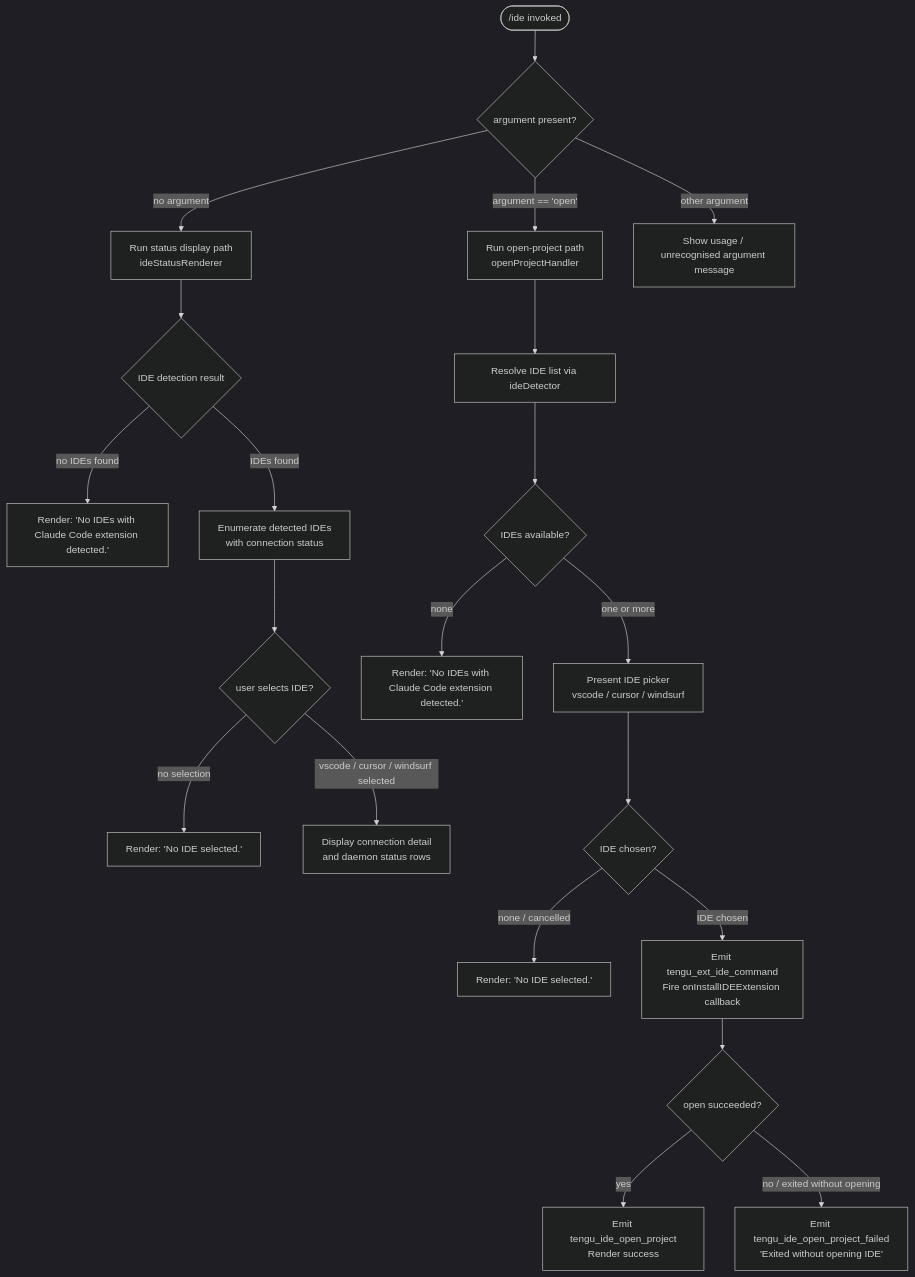
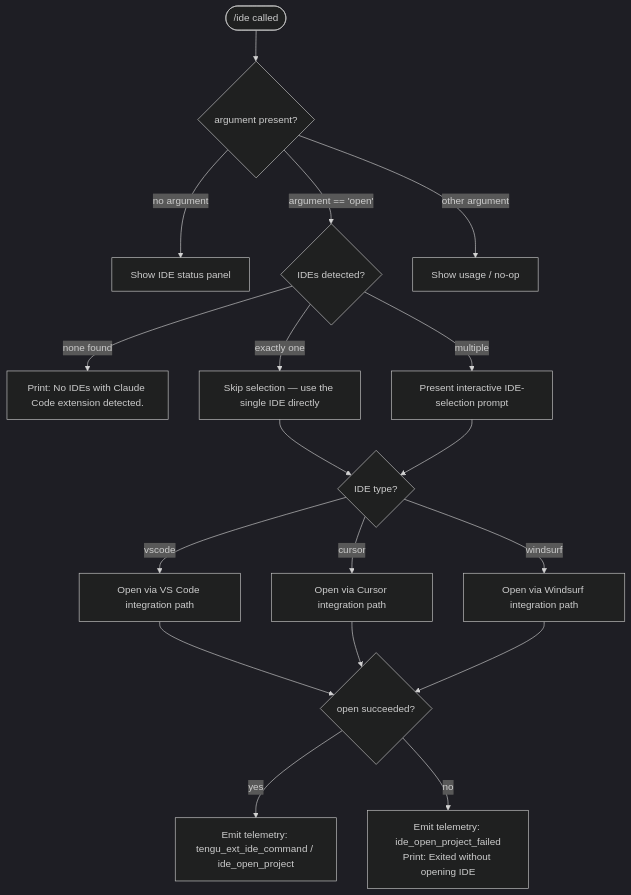
One commit to MyLittleLuckyDog/cc-gnothi changed the diagram in versions/v2.1.143/ide.md. Above: the diagram before and after it, drawn with Mermaid (dark theme). The commit also changed other lines of this file and 87 other files, not shown here.

````diff
--- a/versions/v2.1.143/ide.md
+++ b/versions/v2.1.143/ide.md
@@ -46,25 +46,20 @@
 ```mermaid
 flowchart TD
-    A(["/ide invoked"]) --> B{argument present?}
-    B -- "no argument" --> C[Run status display path\nideStatusRenderer]
-    B -- "argument == 'open'" --> D[Run open-project path\nopenProjectHandler]
-    B -- "other argument" --> E[Show usage / unrecognised argument message]
-
-    C --> F{IDE detection result}
-    F -- "no IDEs found" --> G["Render: 'No IDEs with Claude Code extension detected.'"]
-    F -- "IDEs found" --> H[Enumerate detected IDEs\nwith connection status]
-    H --> I{user selects IDE?}
-    I -- "no selection" --> J["Render: 'No IDE selected.'"]
-    I -- "vscode / cursor / windsurf selected" --> K[Display connection detail\nand daemon status rows]
-
-    D --> L[Resolve IDE list via ideDetector]
-    L --> M{IDEs available?}
-    M -- "none" --> N["Render: 'No IDEs with Claude Code extension detected.'"]
-    M -- "one or more" --> O[Present IDE picker\nvscode / cursor / windsurf]
-    O --> P{IDE chosen?}
-    P -- "none / cancelled" --> Q["Render: 'No IDE selected.'"]
-    P -- "IDE chosen" --> R[Emit tengu_ext_ide_command\nFire onInstallIDEExtension callback]
-    R --> S{open succeeded?}
-    S -- "yes" --> T[Emit tengu_ide_open_project\nRender success]
-    S -- "no / exited without opening" --> U[Emit tengu_ide_open_project_failed\n'Exited without opening IDE']
+    A(["/ide called"]) --> B{argument present?}
+    B -- "no argument" --> C[Show IDE status panel]
+    B -- "argument == 'open'" --> D{IDEs detected?}
+    B -- "other argument" --> E[Show usage / no-op]
+    D -- "none found" --> F["Print: No IDEs with Claude Code extension detected."]
+    D -- "exactly one" --> G[Skip selection — use the single IDE directly]
+    D -- "multiple" --> H[Present interactive IDE-selection prompt]
+    G --> I{IDE type?}
+    H --> I
+    I -- "vscode" --> J[Open via VS Code integration path]
+    I -- "cursor" --> K[Open via Cursor integration path]
+    I -- "windsurf" --> L[Open via Windsurf integration path]
+    J --> M{open succeeded?}
+    K --> M
+    L --> M
+    M -- "yes" --> N["Emit telemetry: tengu_ext_ide_command / ide_open_project"]
+    M -- "no" --> O["Emit telemetry: ide_open_project_failed\nPrint: Exited without opening IDE"]
 ```
````
